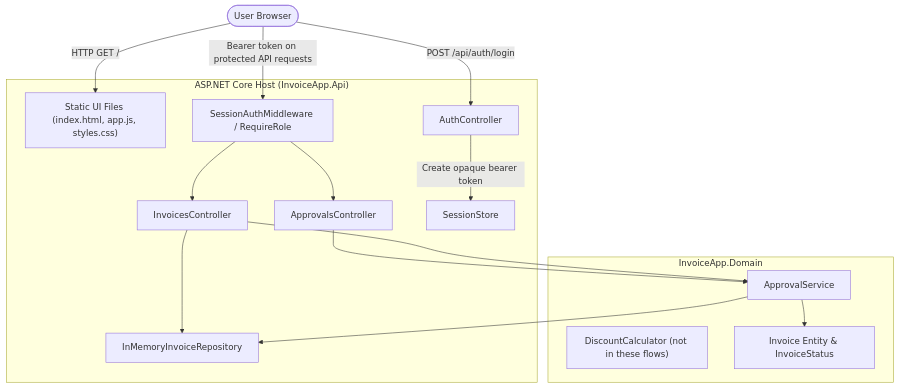
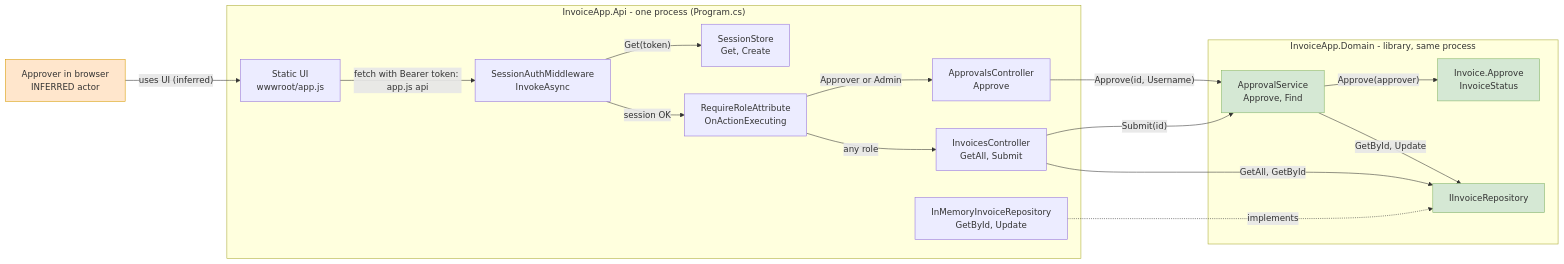
One commit to iamtheashish480/Ashish_3162696 changed the first of 3 diagrams in docs/architecture/as-built-and-target-diagrams.md. Above: the diagram before and after it, drawn with Mermaid. The commit also changed other lines of this file and 14 other files, not shown here.

````diff
--- a/docs/architecture/as-built-and-target-diagrams.md
+++ b/docs/architecture/as-built-and-target-diagrams.md
@@ -5,30 +7,34 @@
 ```mermaid
-graph TD
-    User([User Browser])
-    subgraph "ASP.NET Core Host (InvoiceApp.Api)"
-        StaticFiles["Static UI Files (index.html, app.js, styles.css)"]
-        SessionAuth["SessionAuthMiddleware / RequireRole"]
-        InvoicesCtrl["InvoicesController"]
-        ApprovalsCtrl["ApprovalsController"]
-        AuthCtrl["AuthController"]
-        SessionStore["SessionStore"]
-        Repo["InMemoryInvoiceRepository"]
+flowchart LR
+    User["Approver in browser<br/>INFERRED actor"]
+    subgraph Api["InvoiceApp.Api - one process (Program.cs)"]
+        Ui["Static UI<br/>wwwroot/app.js"]
+        Mw["SessionAuthMiddleware<br/>InvokeAsync"]
+        Sessions["SessionStore<br/>Get, Create"]
+        Role["RequireRoleAttribute<br/>OnActionExecuting"]
+        Appr["ApprovalsController<br/>Approve"]
+        Inv["InvoicesController<br/>GetAll, Submit"]
+        Repo["InMemoryInvoiceRepository<br/>GetById, Update"]
     end
-    subgraph "InvoiceApp.Domain"
-        ApprovalSvc["ApprovalService"]
-        DiscountCalc["DiscountCalculator (not in these flows)"]
-        InvoiceModel["Invoice Entity & InvoiceStatus"]
+    subgraph Dom["InvoiceApp.Domain - library, same process"]
+        Svc["ApprovalService<br/>Approve, Find"]
+        Entity["Invoice.Approve<br/>InvoiceStatus"]
+        IRepo["IInvoiceRepository"]
     end
-
-    User -->|HTTP GET /| StaticFiles
-    User -->|POST /api/auth/login| AuthCtrl
-    AuthCtrl -->|Create opaque bearer token| SessionStore
-    User -->|Bearer token on protected API requests| SessionAuth
-    SessionAuth --> ApprovalsCtrl
-    SessionAuth --> InvoicesCtrl
-    ApprovalsCtrl --> ApprovalSvc
-    InvoicesCtrl --> Repo
-    InvoicesCtrl --> ApprovalSvc
-    ApprovalSvc --> Repo
-    ApprovalSvc --> InvoiceModel
+    User -->|"uses UI (inferred)"| Ui
+    Ui -->|"fetch with Bearer token: app.js api"| Mw
+    Mw -->|"Get(token)"| Sessions
+    Mw -->|"session OK"| Role
+    Role -->|"Approver or Admin"| Appr
+    Role -->|"any role"| Inv
+    Appr -->|"Approve(id, Username)"| Svc
+    Inv -->|"Submit(id)"| Svc
+    Svc -->|"Approve(approver)"| Entity
+    Svc -->|"GetById, Update"| IRepo
+    Repo -.->|"implements"| IRepo
+    Inv -->|"GetAll, GetById"| IRepo
+    classDef ext fill:#ffe6cc,stroke:#d79b00
+    classDef dom fill:#d5e8d4,stroke:#82b366
+    class User ext
+    class Svc,Entity,IRepo dom
 ```
````
